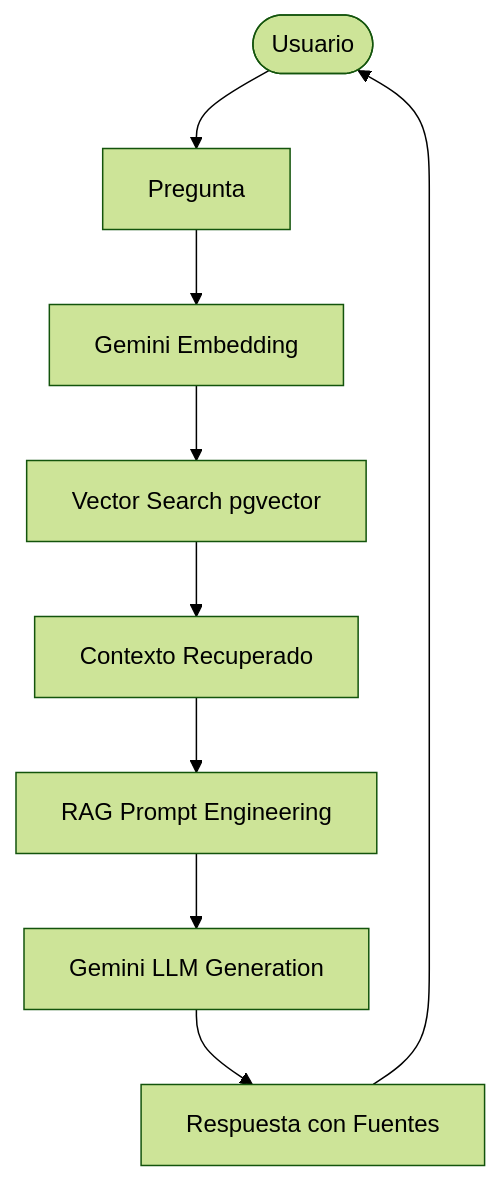
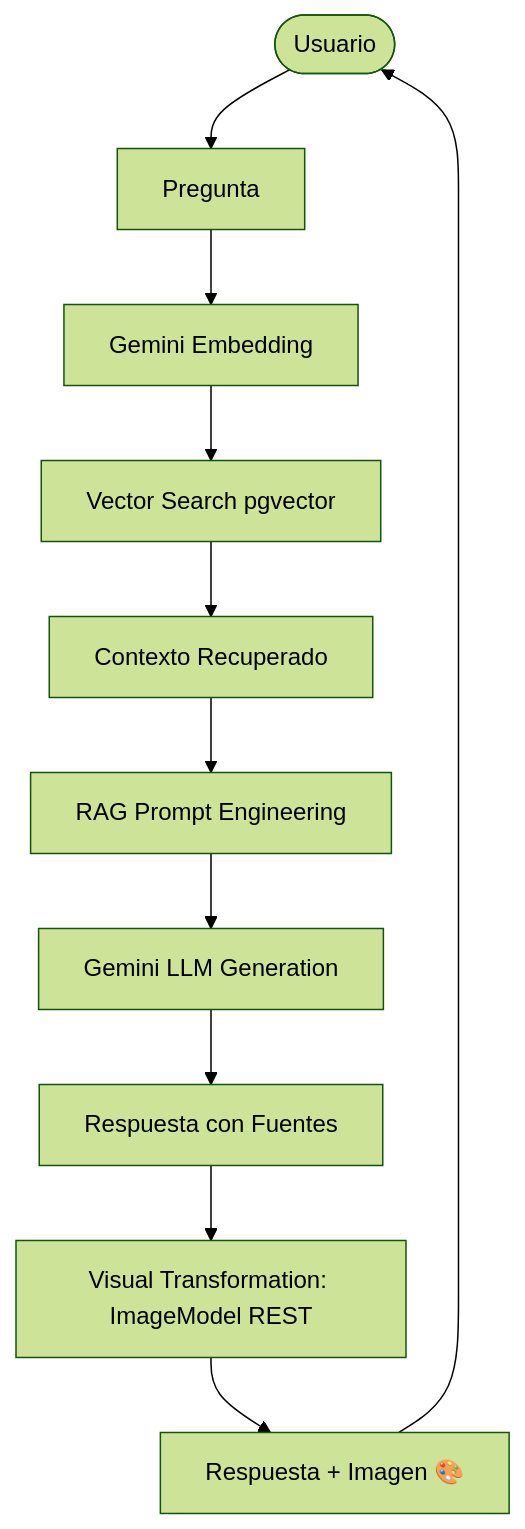
Before and after one commit to JoshRivas313/DocuCanvas: the second of 2 diagrams in README.md, drawn with Mermaid (forest theme). The commit also changed other lines of this file, not shown here.

Commit message:
docs: Actualización final de README con arquitectura Visual RAG y badges

````diff
--- a/README.md
+++ b/README.md
@@ -157,11 +158,13 @@
 ```mermaid
 graph TD
     User([Usuario]) --> Q[Pregunta]
     Q --> Emb[Gemini Embedding]
     Emb --> Search[Vector Search pgvector]
     Search --> Context[Contexto Recuperado]
     Context --> Prompt[RAG Prompt Engineering]
     Prompt --> Gemini[Gemini LLM Generation]
     Gemini --> Answer[Respuesta con Fuentes]
-    Answer --> User
+    Answer --> Visual[Visual Transformation: ImageModel REST]
+    Visual --> Output[Respuesta + Imagen 🎨]
+    Output --> User
 ```
````
